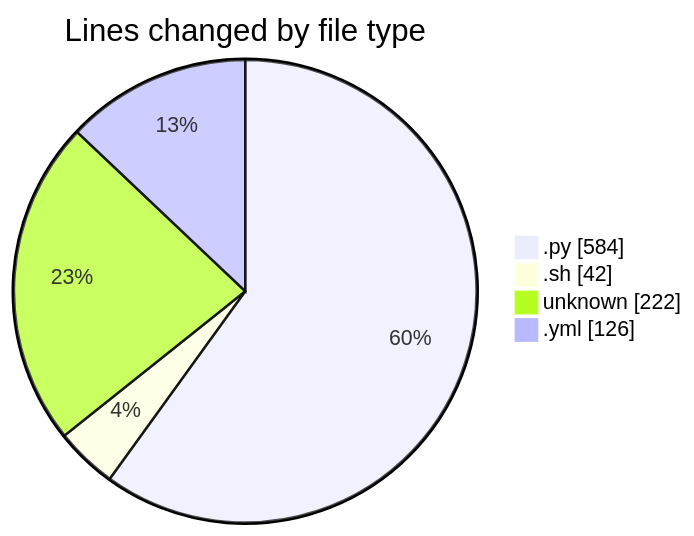
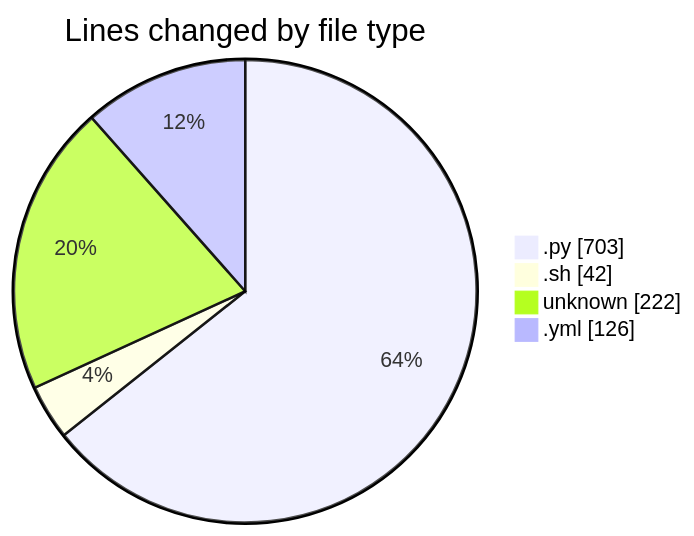
Before and after one commit to Elitesun/code-tracking: the first of 2 diagrams in 2025-05-14/niten/README.md, drawn with Mermaid. The commit also changed other lines of this file and 1 other file, not shown here.

````diff
--- a/2025-05-14/niten/README.md
+++ b/2025-05-14/niten/README.md
@@ -30,8 +31,8 @@
 ```mermaid
 pie showData
 title Lines changed by file type
-".py" : 584
+".py" : 703
 ".sh" : 42
 "unknown" : 222
 ".yml" : 126
 ```
````
